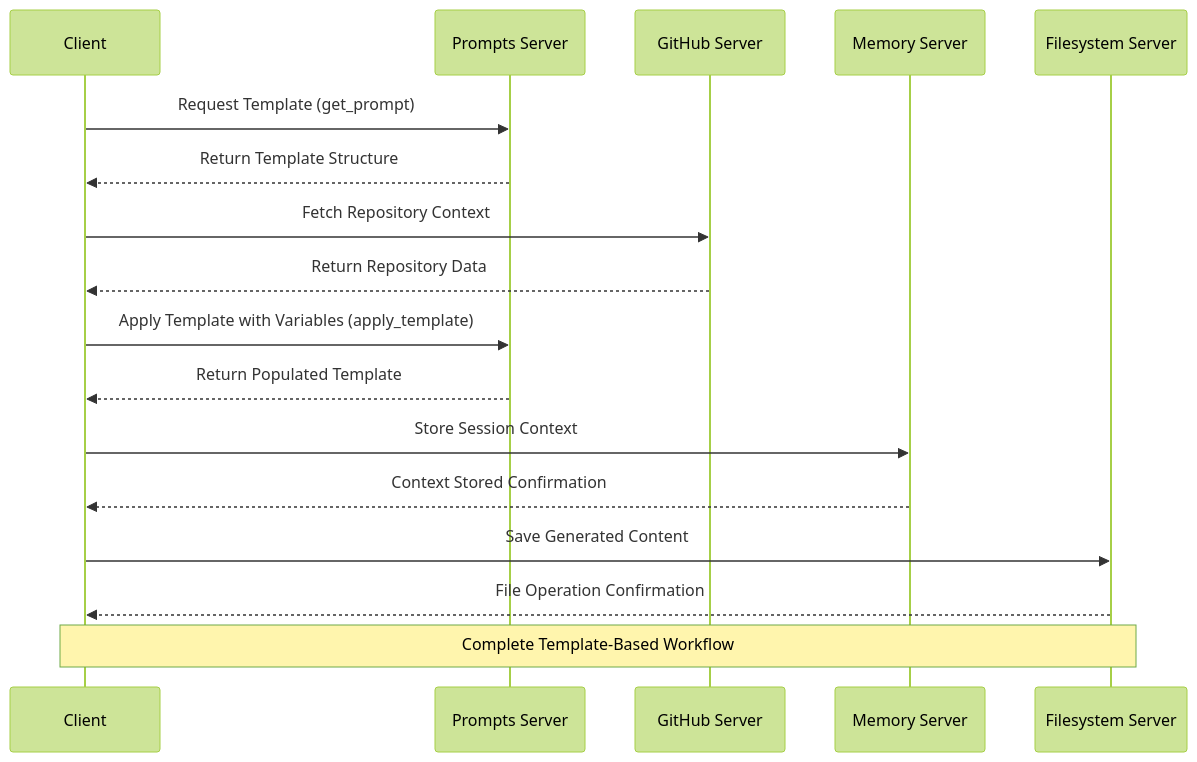
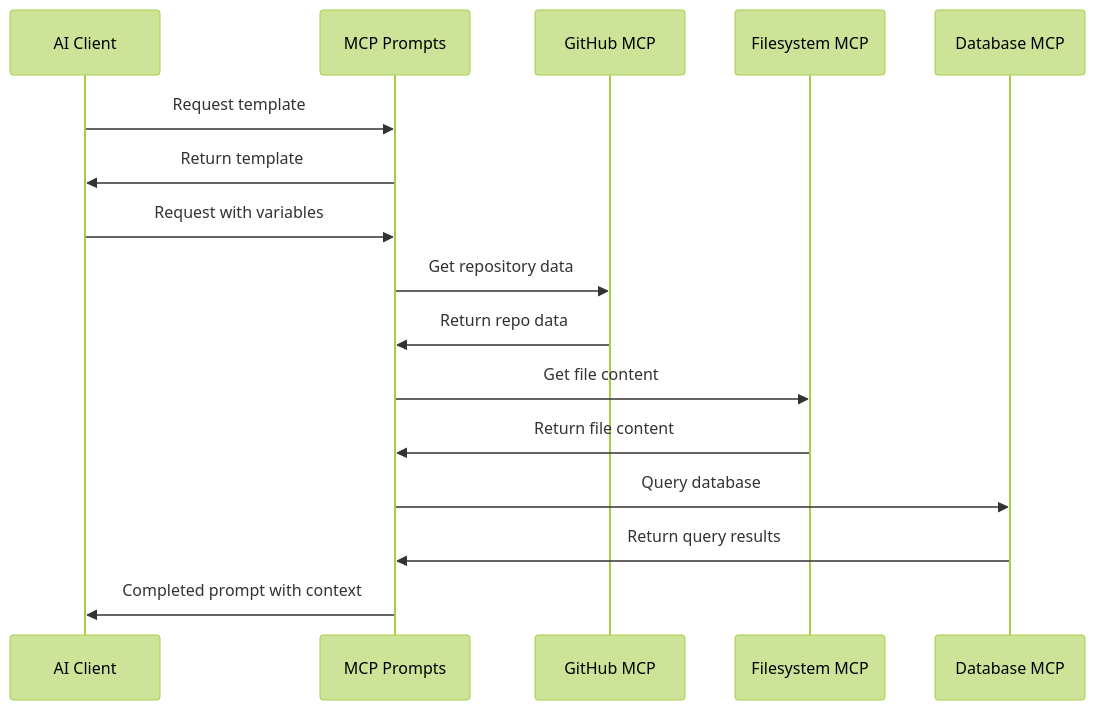
One commit to tjks111/mcp-prompt changed the second of 19 diagrams in README.md. Above: the diagram before and after it, drawn with Mermaid (forest theme). The commit also changed other lines of this file and 19 other files, not shown here.

Commit message:
Refactor Docker setup, add MCP server integration diagrams, and improve prompts

````diff
--- a/README.md
+++ b/README.md
@@ -595,25 +594,21 @@
 ```mermaid
 sequenceDiagram
-    participant Client
-    participant Prompts as Prompts Server
-    participant GitHub as GitHub Server
-    participant Memory as Memory Server
-    participant FileSystem as Filesystem Server
+    participant Client as AI Client
+    participant Prompts as MCP Prompts
+    participant GitHub as GitHub MCP
+    participant FS as Filesystem MCP
+    participant DB as Database MCP
     
-    Client->>Prompts: Request Template (get_prompt)
-    Prompts-->>Client: Return Template Structure
+    Client->>Prompts: Request template
+    Prompts->>Client: Return template
     
-    Client->>GitHub: Fetch Repository Context
-    GitHub-->>Client: Return Repository Data
+    Client->>Prompts: Request with variables
+    Prompts->>GitHub: Get repository data
+    GitHub->>Prompts: Return repo data
+    Prompts->>FS: Get file content
+    FS->>Prompts: Return file content
+    Prompts->>DB: Query database
+    DB->>Prompts: Return query results
     
-    Client->>Prompts: Apply Template with Variables (apply_template)
-    Prompts-->>Client: Return Populated Template
-    
-    Client->>Memory: Store Session Context
-    Memory-->>Client: Context Stored Confirmation
-    
-    Client->>FileSystem: Save Generated Content
-    FileSystem-->>Client: File Operation Confirmation
-    
-    Note over Client,FileSystem: Complete Template-Based Workflow
+    Prompts->>Client: Completed prompt with context
 ```
````
